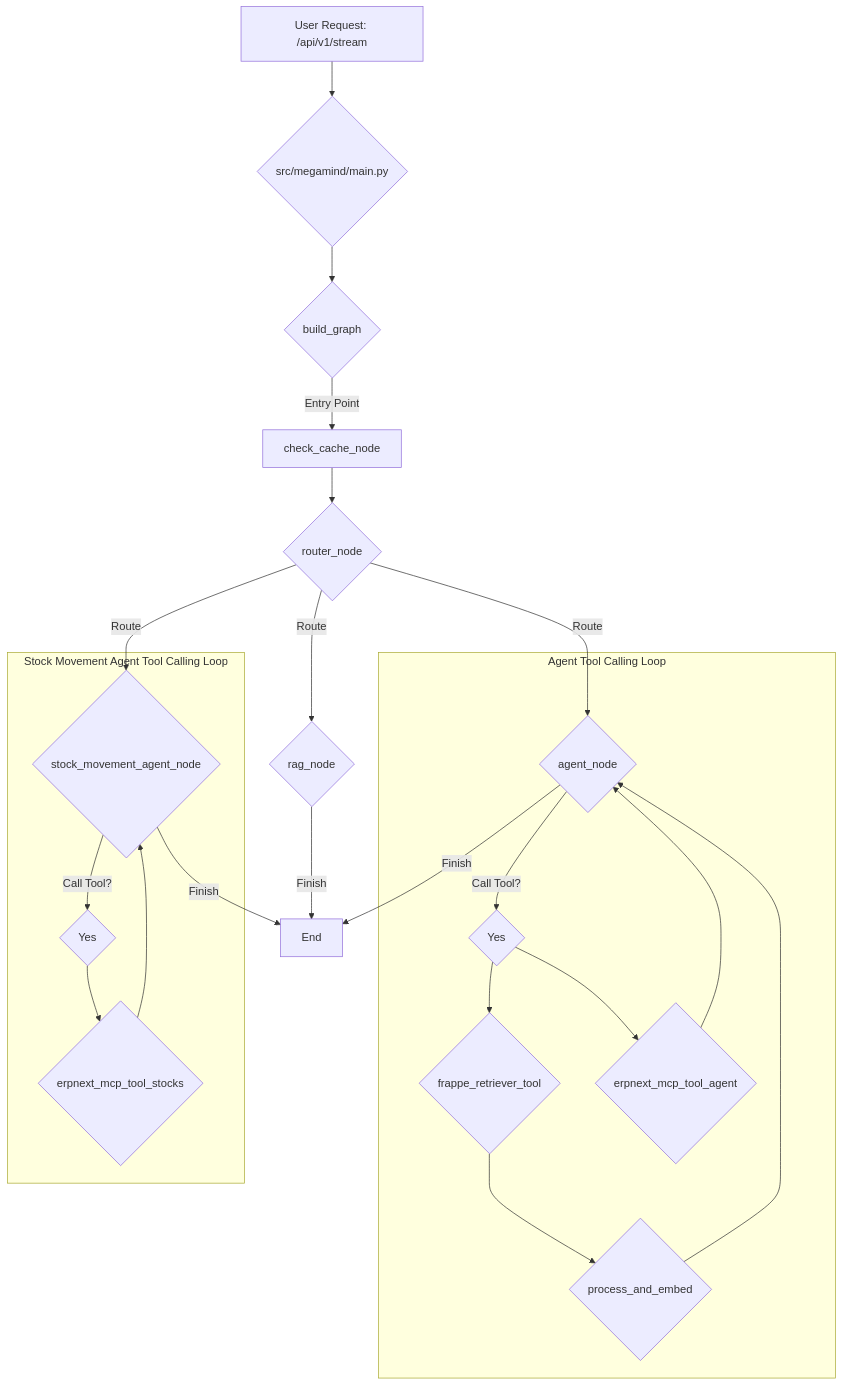
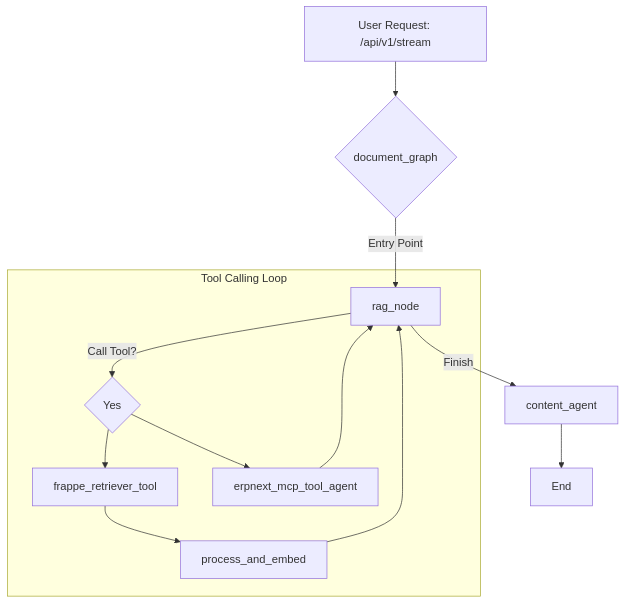
The first of 2 diagrams in CODEBASE_OVERVIEW.md (belee-aim/megamind), drawn with Mermaid before and after one commit. The commit also changed other lines of this file and 14 other files, not shown here.

Commit message:
fix: optimize rag and general agent

````diff
--- a/CODEBASE_OVERVIEW.md
+++ b/CODEBASE_OVERVIEW.md
@@ -83,29 +82,17 @@
 ```mermaid
 graph TD
-    A[User Request: /api/v1/stream] --> B{src/megamind/main.py};
-    B --> C{build_graph};
-    C -- Entry Point --> D[check_cache_node];
-    D --> E{router_node};
-    E -- Route --> F{rag_node};
-    E -- Route --> G{agent_node};
-    E -- Route --> G2{stock_movement_agent_node};
+    A[User Request: /api/v1/stream] --> B{document_graph};
+    B -- Entry Point --> C[rag_node];
 
-    subgraph "Agent Tool Calling Loop"
-        G -- Call Tool? --> H{Yes};
-        H --> I{frappe_retriever_tool};
-        H --> J{erpnext_mcp_tool_agent};
-        I --> K{process_and_embed};
-        K --> G;
-        J --> G;
+    subgraph "Tool Calling Loop"
+        C -- Call Tool? --> D{Yes};
+        D --> E[frappe_retriever_tool];
+        D --> F[erpnext_mcp_tool_agent];
+        E --> G[process_and_embed];
+        G --> C;
+        F --> C;
     end
 
-    subgraph "Stock Movement Agent Tool Calling Loop"
-        G2 -- Call Tool? --> H2{Yes};
-        H2 --> J2{erpnext_mcp_tool_stocks};
-        J2 --> G2;
-    end
-
-    F -- Finish --> L[End];
-    G -- Finish --> L;
-    G2 -- Finish --> L;
+    C -- Finish --> H[content_agent];
+    H --> I[End];
 ```
````
